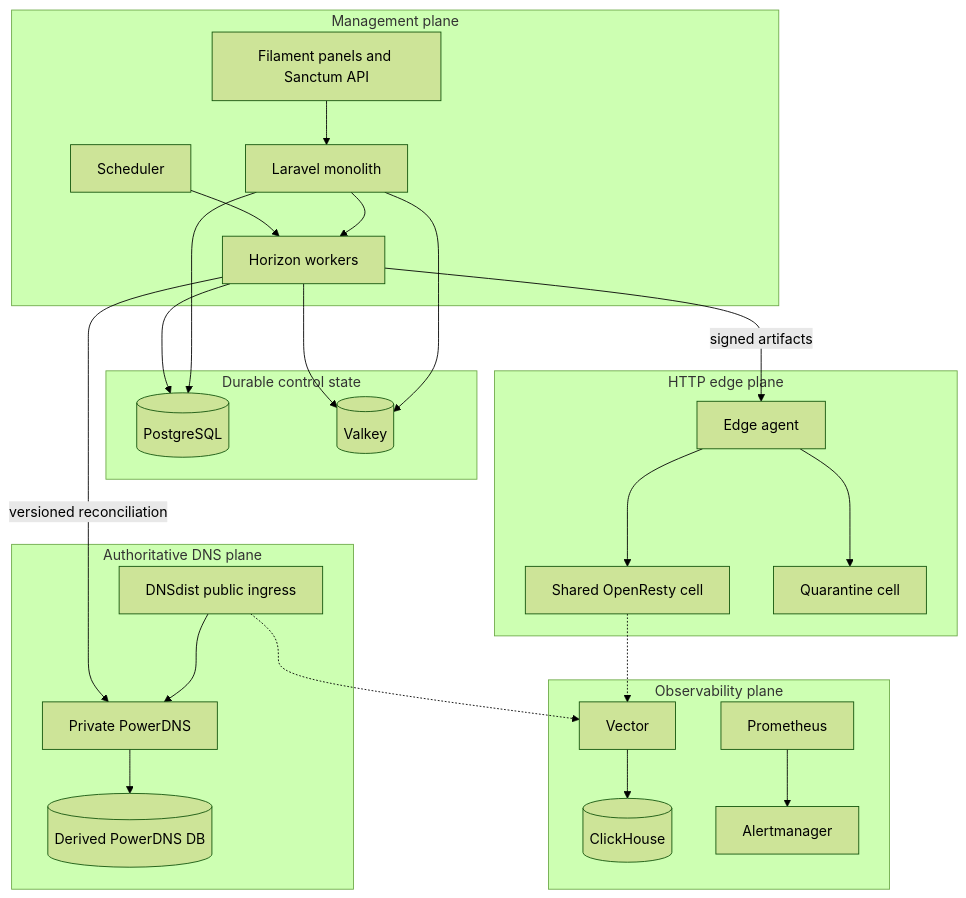
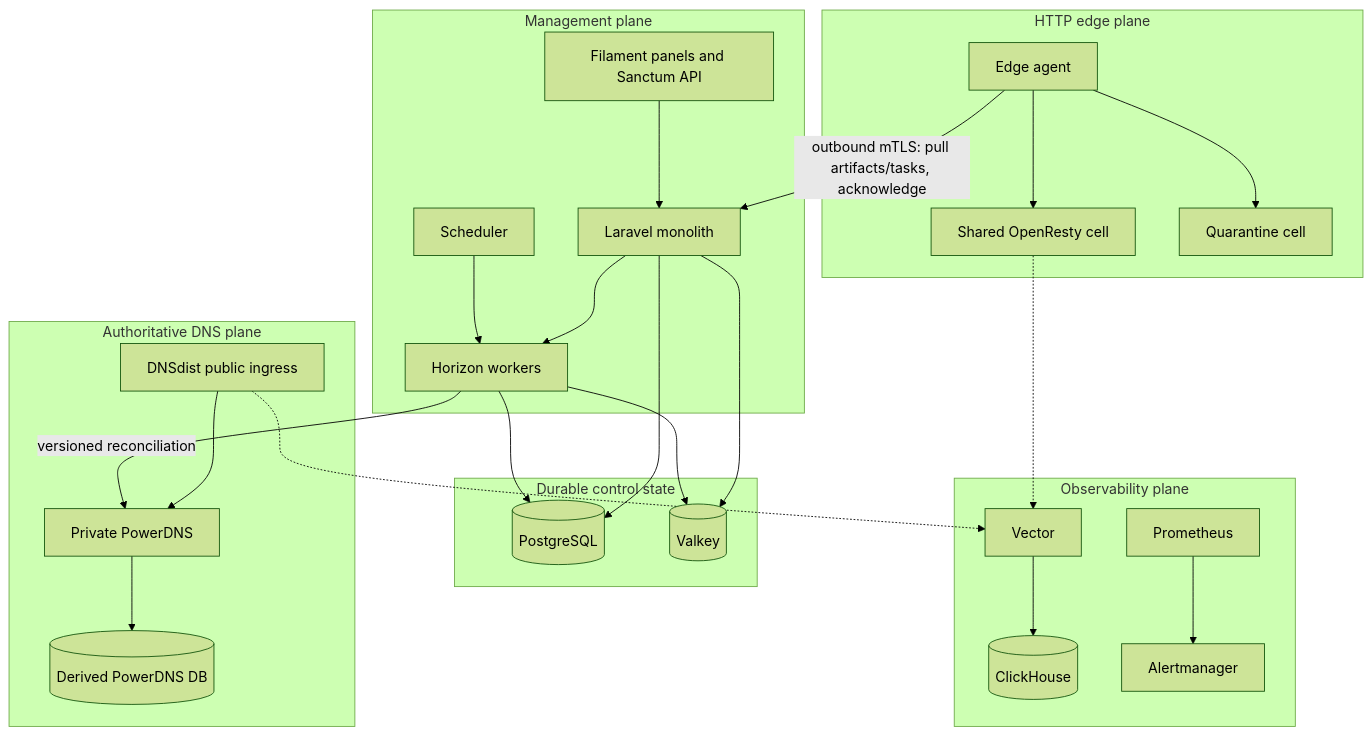
One commit to vaheed/CDNFoundry changed the diagram in docs/architecture/index.md. Above: the diagram before and after it, drawn with Mermaid (forest theme). The commit also changed 8 other files, not shown here.

````diff
--- a/docs/architecture/index.md
+++ b/docs/architecture/index.md
@@ -13,32 +13,32 @@
 ```mermaid
 flowchart TB
     subgraph Management["Management plane"]
       UI["Filament panels and Sanctum API"] --> Laravel["Laravel monolith"]
       Laravel --> Horizon["Horizon workers"]
       Scheduler["Scheduler"] --> Horizon
     end
     subgraph Durable["Durable control state"]
       PG[("PostgreSQL")]
       Valkey[("Valkey")]
     end
     subgraph DNS["Authoritative DNS plane"]
       DNSdist["DNSdist public ingress"] --> PowerDNS["Private PowerDNS"]
       PowerDNS --> PDNSDB[("Derived PowerDNS DB")]
     end
     subgraph Edge["HTTP edge plane"]
       Agent["Edge agent"] --> Shared["Shared OpenResty cell"]
       Agent --> Quarantine["Quarantine cell"]
     end
     subgraph Observe["Observability plane"]
       Vector["Vector"] --> ClickHouse[("ClickHouse")]
       Prometheus["Prometheus"] --> Alertmanager["Alertmanager"]
     end
     Laravel --> PG
     Horizon --> PG
     Laravel --> Valkey
     Horizon --> Valkey
     Horizon -->|"versioned reconciliation"| PowerDNS
-    Horizon -->|"signed artifacts"| Agent
+    Agent -->|"outbound mTLS: pull artifacts/tasks, acknowledge"| Laravel
     DNSdist -.-> Vector
     Shared -.-> Vector
 ```
````
